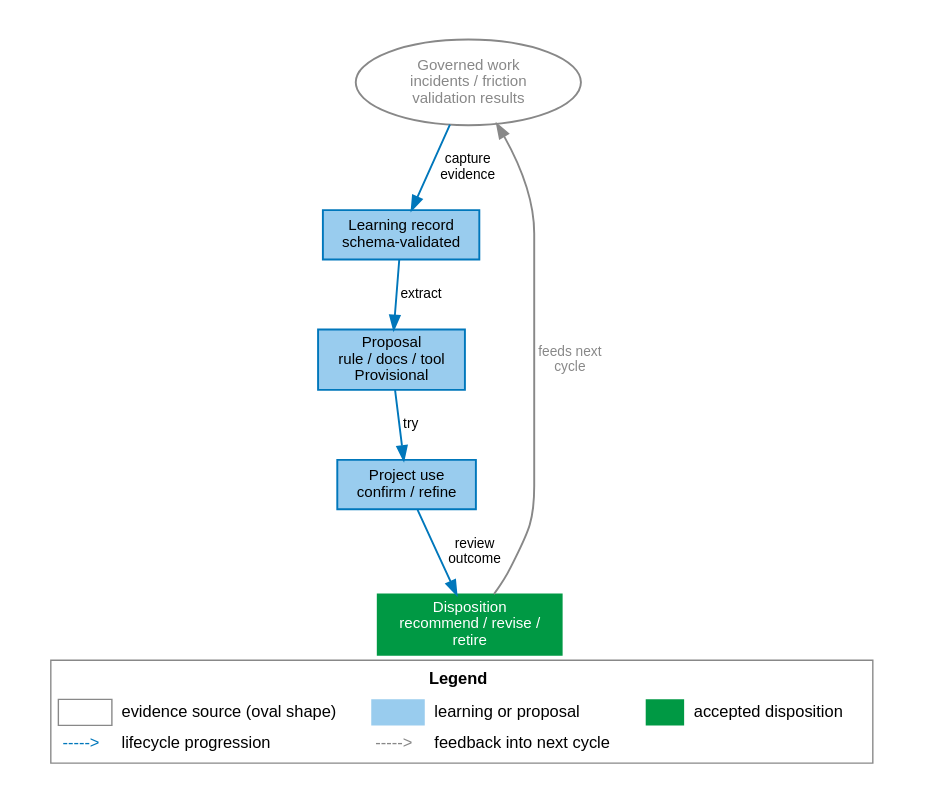
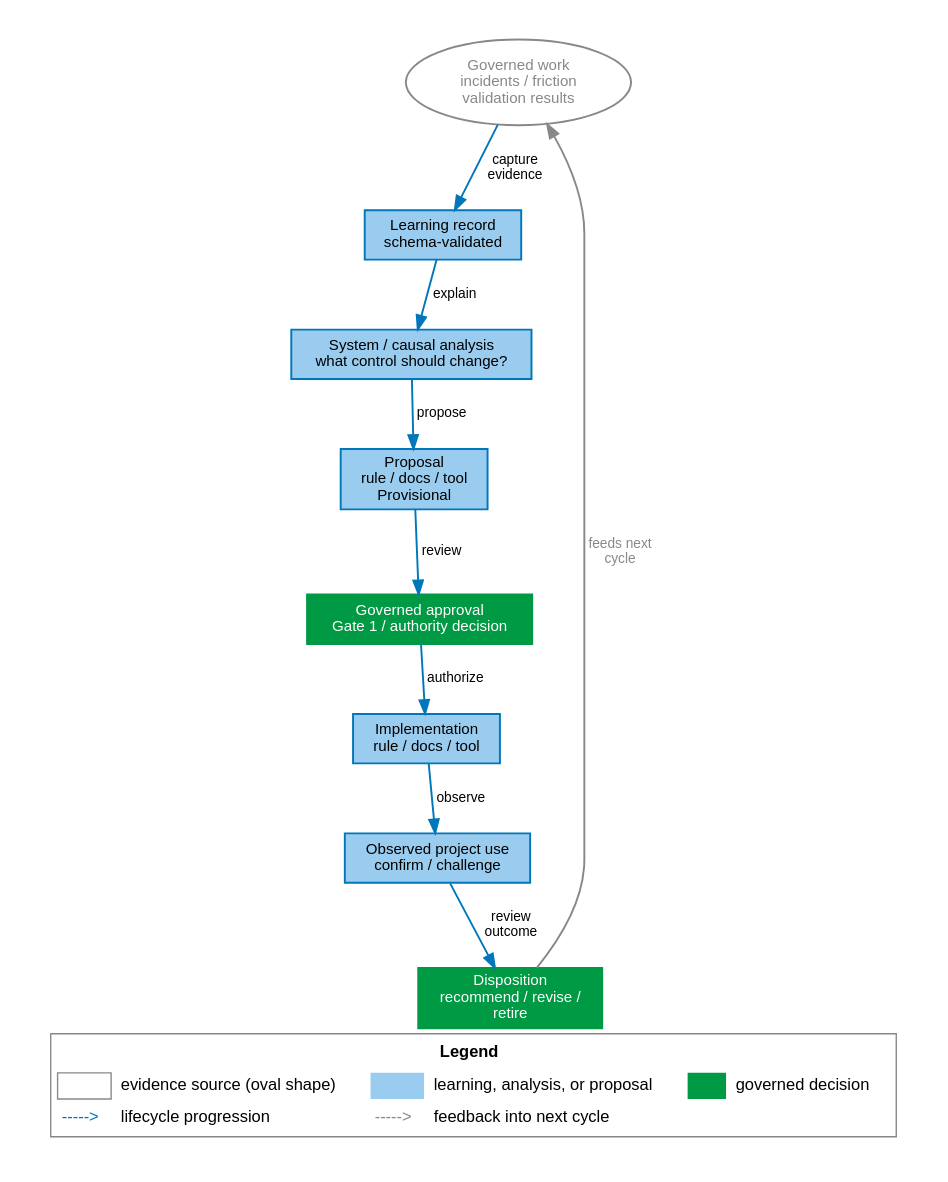
Before and after one commit to janipaijanen/agf-mirror: the diagram in agf/docs/figures/src/learning-loop.dot, drawn with Graphviz. The commit also changed 7 other files, not shown here.

```diff
--- a/agf/docs/figures/src/learning-loop.dot
+++ b/agf/docs/figures/src/learning-loop.dot
@@ -1,41 +1,48 @@
 // SPDX-License-Identifier: CC-BY-SA-4.0
 // agents-govern: evidence-driven learning loop
 // Generate: dot -Tsvg learning-loop.dot -o ../learning-loop.svg
 digraph learning_loop {
     graph [rankdir=TB, splines=spline, pad=0.3, nodesep=0.35, ranksep=0.55,
            bgcolor=white, fontname="Helvetica", fontsize=12, labelloc=b, label=<
         <TABLE BORDER="1" CELLBORDER="0" CELLSPACING="4" CELLPADDING="3" COLOR="#888888" BGCOLOR="white">
             <TR><TD COLSPAN="6"><B>Legend</B></TD></TR>
             <TR>
                 <TD BORDER="1" COLOR="#888888" WIDTH="28"></TD><TD ALIGN="LEFT">evidence source (oval shape)</TD>
-                <TD BGCOLOR="#99CCEE" WIDTH="28"></TD><TD ALIGN="LEFT">learning or proposal</TD>
-                <TD BGCOLOR="#009944" WIDTH="28"></TD><TD ALIGN="LEFT">accepted disposition</TD>
+                <TD BGCOLOR="#99CCEE" WIDTH="28"></TD><TD ALIGN="LEFT">learning, analysis, or proposal</TD>
+                <TD BGCOLOR="#009944" WIDTH="28"></TD><TD ALIGN="LEFT">governed decision</TD>
             </TR>
             <TR>
                 <TD><FONT COLOR="#0077BB">-----&gt;</FONT></TD><TD ALIGN="LEFT">lifecycle progression</TD>
                 <TD><FONT COLOR="#888888">-----&gt;</FONT></TD><TD ALIGN="LEFT">feedback into next cycle</TD>
                 <TD></TD><TD></TD>
             </TR>
         </TABLE>
     >]
     node  [fontname="Helvetica", fontsize=11, style=filled, shape=box,
            fillcolor="#99CCEE", color="#0077BB", penwidth=1.4]
     edge  [fontname="Helvetica", fontsize=10, color="#0077BB", penwidth=1.4]
 
     work [label="Governed work\nincidents / friction\nvalidation results",
           shape=ellipse, fillcolor=white, color="#888888",
           fontcolor="#888888"]
     record [label="Learning record\nschema-validated"]
+    analysis [label="System / causal analysis\nwhat control should change?"]
     proposal [label="Proposal\nrule / docs / tool\nProvisional"]
-    use [label="Project use\nconfirm / refine"]
+    approval [label="Governed approval\nGate 1 / authority decision",
+              fillcolor="#009944", fontcolor=white, color="#009944"]
+    implementation [label="Implementation\nrule / docs / tool"]
+    use [label="Observed project use\nconfirm / challenge"]
     disposition [label="Disposition\nrecommend / revise /\nretire",
                  fillcolor="#009944", fontcolor=white, color="#009944"]
 
     work -> record [label="capture\nevidence"]
-    record -> proposal [label="extract"]
-    proposal -> use [label="try"]
+    record -> analysis [label="explain"]
+    analysis -> proposal [label="propose"]
+    proposal -> approval [label="review"]
+    approval -> implementation [label="authorize"]
+    implementation -> use [label="observe"]
     use -> disposition [label="review\noutcome"]
     disposition -> work [label="feeds next\ncycle", color="#888888",
                          fontcolor="#888888"]
 
 }
```
